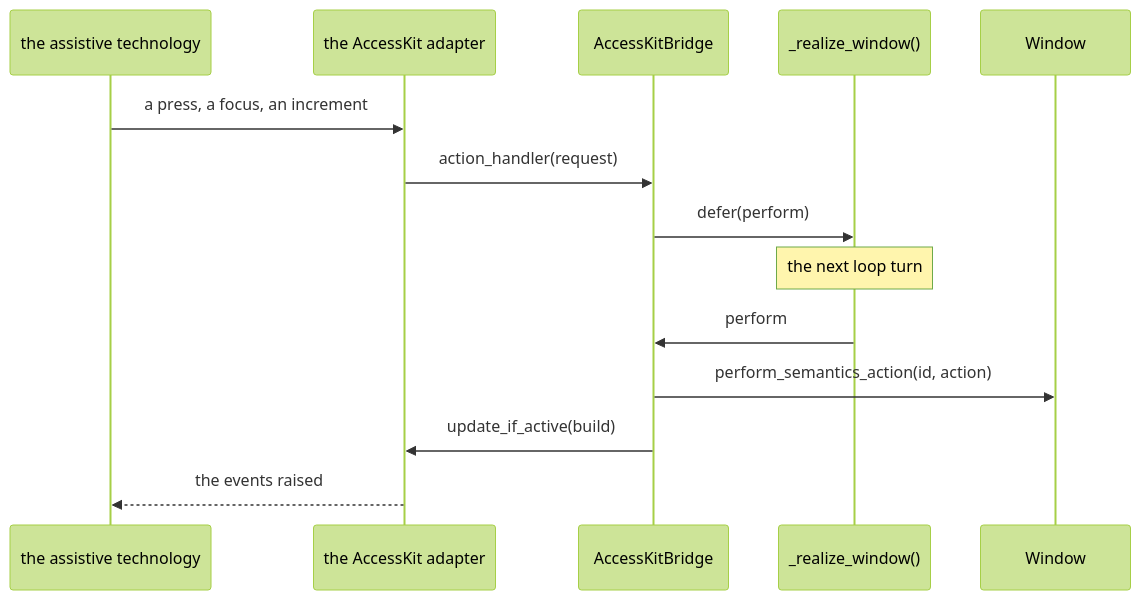
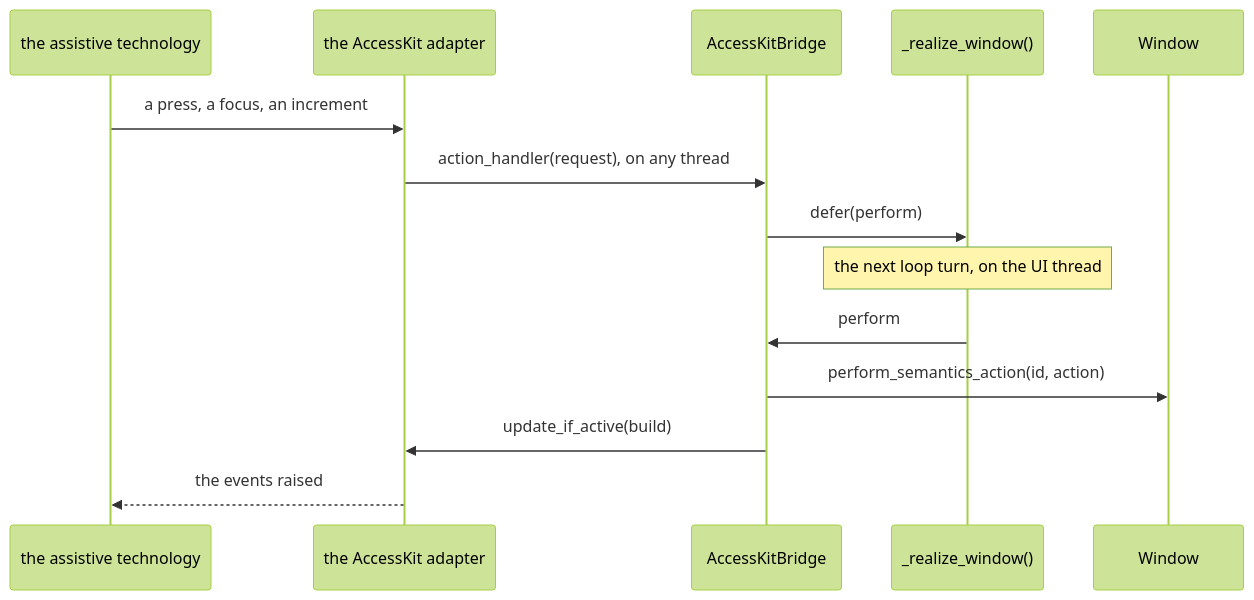
One commit to yuksblog/nuiitivet changed the seventh of 7 diagrams in docs/design/ACCESSIBILITY.md. Above: the diagram before and after it, drawn with Mermaid (forest theme). The commit also changed other lines of this file and 12 other files, not shown here.

````diff
--- a/docs/design/ACCESSIBILITY.md
+++ b/docs/design/ACCESSIBILITY.md
@@ -269,17 +270,17 @@
 ```mermaid
 sequenceDiagram
     participant AT as the assistive technology
     participant A as the AccessKit adapter
     participant B as AccessKitBridge
     participant R as _realize_window()
     participant W as Window
 
     AT->>A: a press, a focus, an increment
-    A->>B: action_handler(request)
+    A->>B: action_handler(request), on any thread
     B->>R: defer(perform)
-    Note over R: the next loop turn
+    Note over R: the next loop turn, on the UI thread
     R->>B: perform
     B->>W: perform_semantics_action(id, action)
     B->>A: update_if_active(build)
     A-->>AT: the events raised
 ```
````
